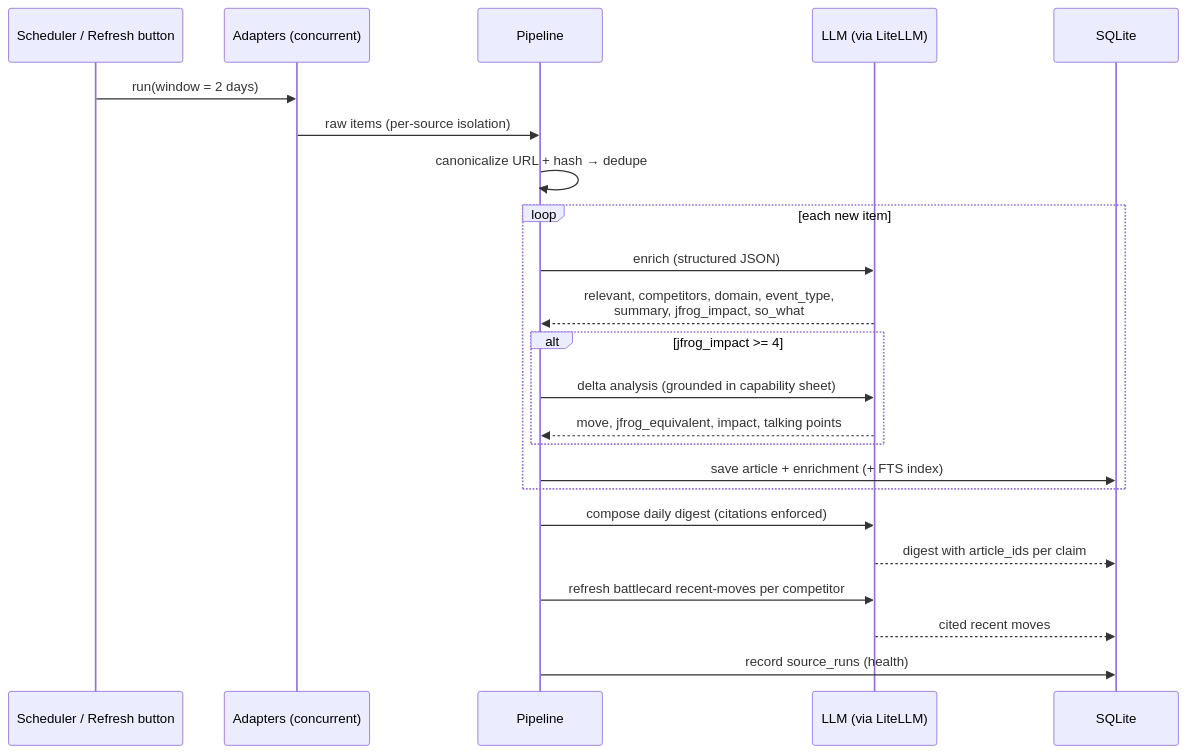
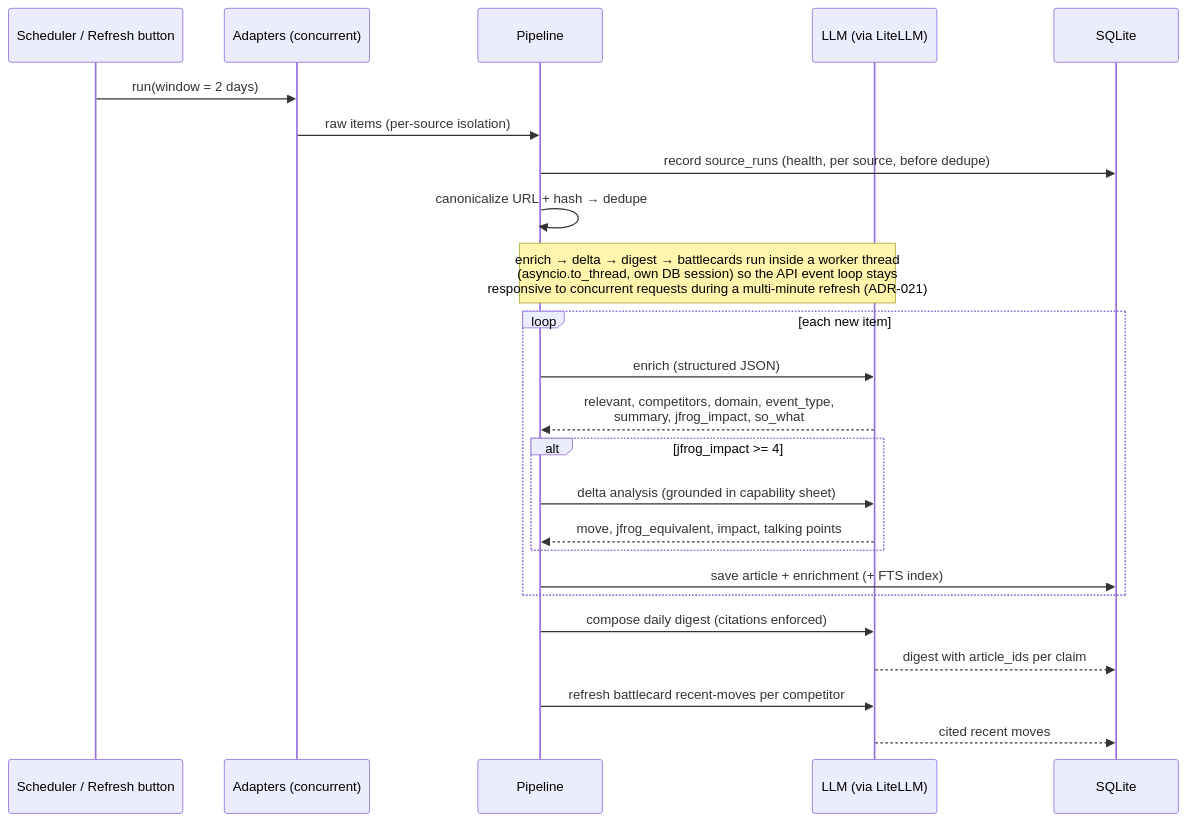
The second of 4 diagrams in ARCHITECTURE.md (RamPakanayev/jfrog-competitive-intelligence), drawn with Mermaid before and after one commit. The commit also changed other lines of this file and 6 other files, not shown here.

First line of the commit message:
docs: README, keyless-demo screenshots, and architecture/insights sync

````diff
--- a/ARCHITECTURE.md
+++ b/ARCHITECTURE.md
@@ -44,26 +46,27 @@
 ```mermaid
 sequenceDiagram
     participant S as Scheduler / Refresh button
     participant A as Adapters (concurrent)
     participant P as Pipeline
     participant L as LLM (via LiteLLM)
     participant D as SQLite
 
     S->>A: run(window = 2 days)
     A->>P: raw items (per-source isolation)
+    P->>D: record source_runs (health, per source, before dedupe)
     P->>P: canonicalize URL + hash → dedupe
+    Note over P,L: enrich → delta → digest → battlecards run inside a worker thread<br/>(asyncio.to_thread, own DB session) so the API event loop stays<br/>responsive to concurrent requests during a multi-minute refresh (ADR-021)
     loop each new item
         P->>L: enrich (structured JSON)
         L-->>P: relevant, competitors, domain, event_type,<br/>summary, jfrog_impact, so_what
         alt jfrog_impact >= 4
             P->>L: delta analysis (grounded in capability sheet)
             L-->>P: move, jfrog_equivalent, impact, talking points
         end
         P->>D: save article + enrichment (+ FTS index)
     end
     P->>L: compose daily digest (citations enforced)
     L-->>D: digest with article_ids per claim
     P->>L: refresh battlecard recent-moves per competitor
     L-->>D: cited recent moves
-    P->>D: record source_runs (health)
 ```
````
